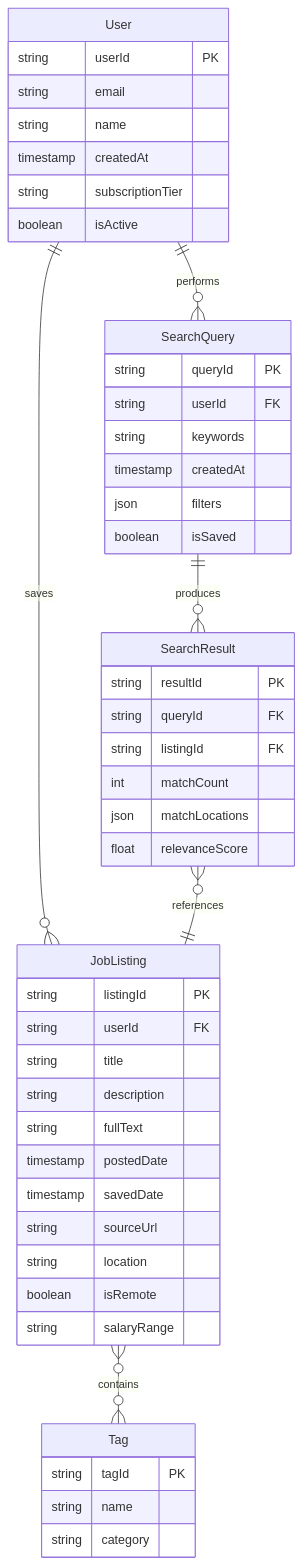
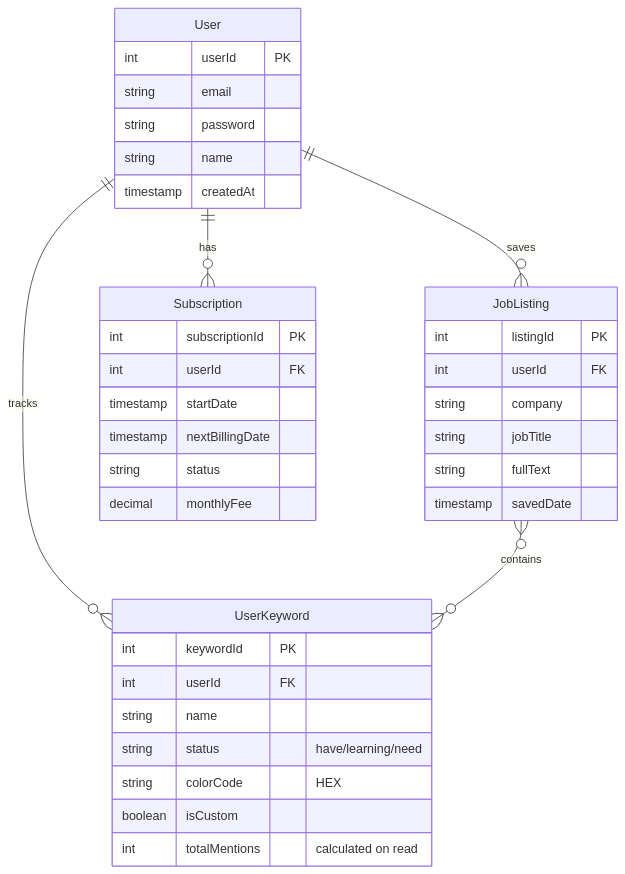
The diagram in docs/docs/diagrams/ERD.md (lmcrean/tributary), drawn with Mermaid before and after one commit. The commit also changed other lines of this file, not shown here.

Commit message:
Refactor ERD with detailed MVP data model and efficiency considerations

````diff
--- a/docs/docs/diagrams/ERD.md
+++ b/docs/docs/diagrams/ERD.md
@@ -3,56 +3,43 @@
 ```mermaid
 erDiagram
     User ||--o{ JobListing : saves
-    User ||--o{ SearchQuery : performs
-    JobListing }o--o{ Tag : contains
-    SearchQuery ||--o{ SearchResult : produces
-    SearchResult }o--|| JobListing : references
+    User ||--o{ UserKeyword : tracks
+    User ||--o{ Subscription : has
+    JobListing }o--o{ UserKeyword : contains
     
     User {
-        string userId PK
+        int userId PK
         string email
+        string password
         string name
         timestamp createdAt
-        string subscriptionTier
-        boolean isActive
+    }
+    
+    Subscription {
+        int subscriptionId PK
+        int userId FK
+        timestamp startDate
+        timestamp nextBillingDate
+        string status
+        decimal monthlyFee
     }
     
     JobListing {
-        string listingId PK
-        string userId FK
-        string title
-        string description
+        int listingId PK
+        int userId FK
+        string company
+        string jobTitle
         string fullText
-        timestamp postedDate
         timestamp savedDate
-        string sourceUrl
-        string location
-        boolean isRemote
-        string salaryRange
     }
     
-    Tag {
-        string tagId PK
+    UserKeyword {
+        int keywordId PK
+        int userId FK
         string name
-        string category
+        string status "have/learning/need"
+        string colorCode "HEX"
+        boolean isCustom
+        int totalMentions "calculated on read"
     }
-    
-    SearchQuery {
-        string queryId PK
-        string userId FK
-        string keywords
-        timestamp createdAt
-        json filters
-        boolean isSaved
-    }
-    
-    SearchResult {
-        string resultId PK
-        string queryId FK
-        string listingId FK
-        int matchCount
-        json matchLocations
-        float relevanceScore
-    }
-    
 ```
````
